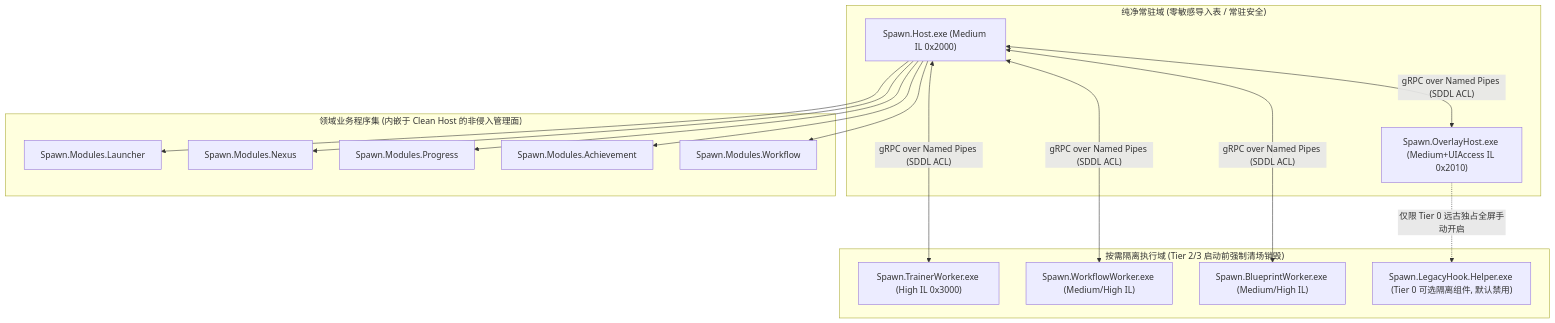
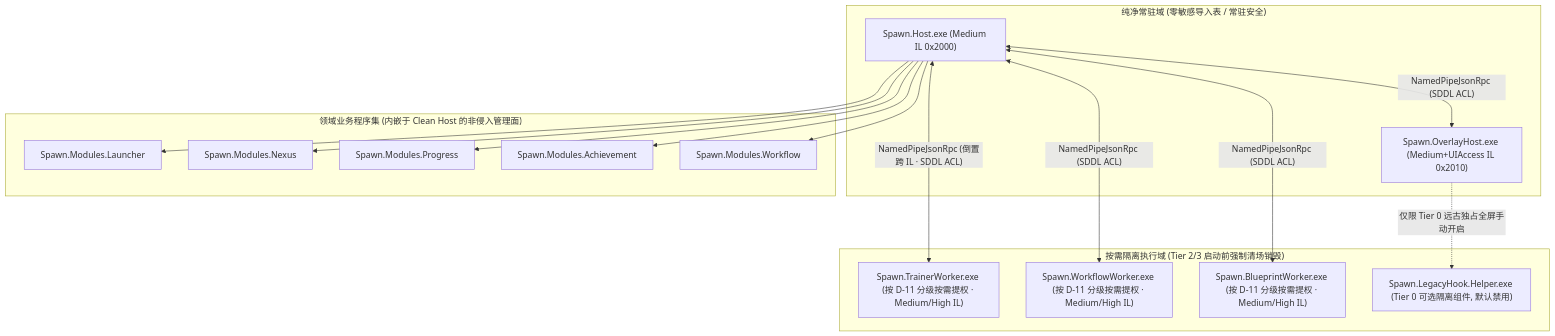
The diagram in docs/modules/README.md (chialecode/spawn), drawn with Mermaid before and after one commit. The commit also changed other lines of this file and 196 other files, not shown here.

````diff
--- a/docs/modules/README.md
+++ b/docs/modules/README.md
@@ -21,33 +21,33 @@
 ```mermaid
 flowchart TB
     subgraph CleanDomain["纯净常驻域 (零敏感导入表 / 常驻安全)"]
         Host["Spawn.Host.exe (Medium IL 0x2000)"]
         Overlay["Spawn.OverlayHost.exe (Medium+UIAccess IL 0x2010)"]
     end
 
     subgraph DomainLibs["领域业务程序集 (内嵌于 Clean Host 的非侵入管理面)"]
         ModLCH["Spawn.Modules.Launcher"]
         ModNEX["Spawn.Modules.Nexus"]
         ModPRG["Spawn.Modules.Progress"]
         ModACH["Spawn.Modules.Achievement"]
         ModWFL["Spawn.Modules.Workflow"]
     end
 
     subgraph WorkerDomain["按需隔离执行域 (Tier 2/3 启动前强制清场销毁)"]
-        W_TRN["Spawn.TrainerWorker.exe (High IL 0x3000)"]
-        W_WFL["Spawn.WorkflowWorker.exe (Medium/High IL)"]
-        W_BP["Spawn.BlueprintWorker.exe (Medium/High IL)"]
+        W_TRN["Spawn.TrainerWorker.exe (按 D-11 分级按需提权 · Medium/High IL)"]
+        W_WFL["Spawn.WorkflowWorker.exe (按 D-11 分级按需提权 · Medium/High IL)"]
+        W_BP["Spawn.BlueprintWorker.exe (按 D-11 分级按需提权 · Medium/High IL)"]
         W_LEG["Spawn.LegacyHook.Helper.exe (Tier 0 可选隔离组件, 默认禁用)"]
     end
 
     Host --> ModLCH
     Host --> ModNEX
     Host --> ModPRG
     Host --> ModACH
     Host --> ModWFL
-    Host <-->|"gRPC over Named Pipes (SDDL ACL)"| Overlay
-    Host <-->|"gRPC over Named Pipes (SDDL ACL)"| W_TRN
-    Host <-->|"gRPC over Named Pipes (SDDL ACL)"| W_WFL
-    Host <-->|"gRPC over Named Pipes (SDDL ACL)"| W_BP
+    Host <-->|"NamedPipeJsonRpc (SDDL ACL)"| Overlay
+    Host <-->|"NamedPipeJsonRpc (倒置跨 IL · SDDL ACL)"| W_TRN
+    Host <-->|"NamedPipeJsonRpc (SDDL ACL)"| W_WFL
+    Host <-->|"NamedPipeJsonRpc (SDDL ACL)"| W_BP
     Overlay -.->|"仅限 Tier 0 远古独占全屏手动开启"| W_LEG
 ```
````
